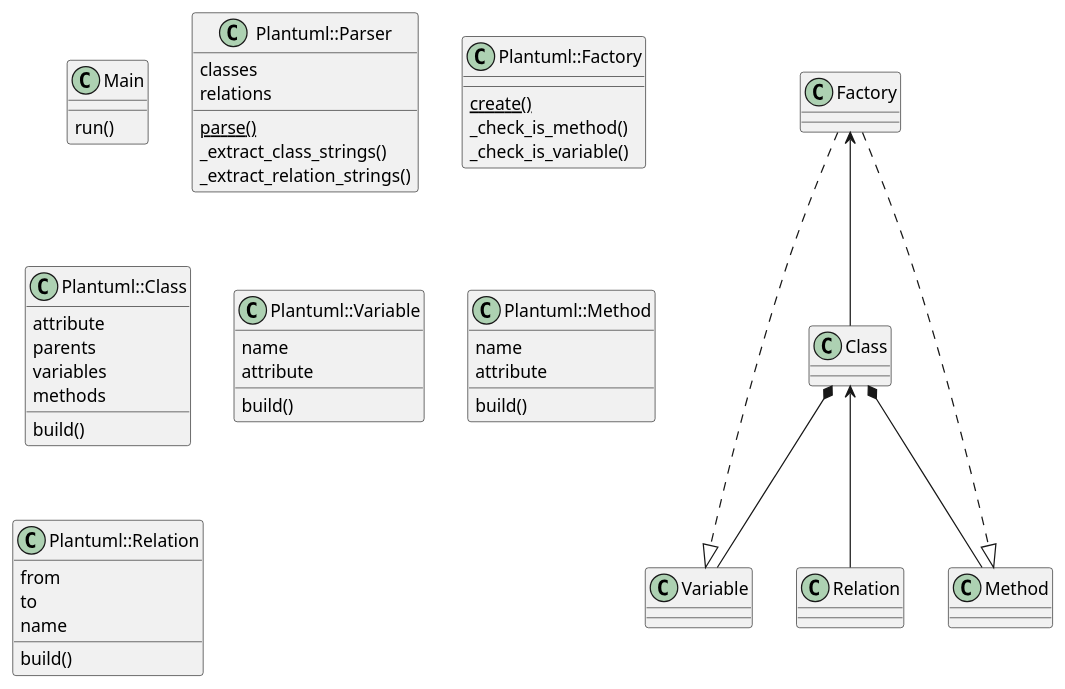
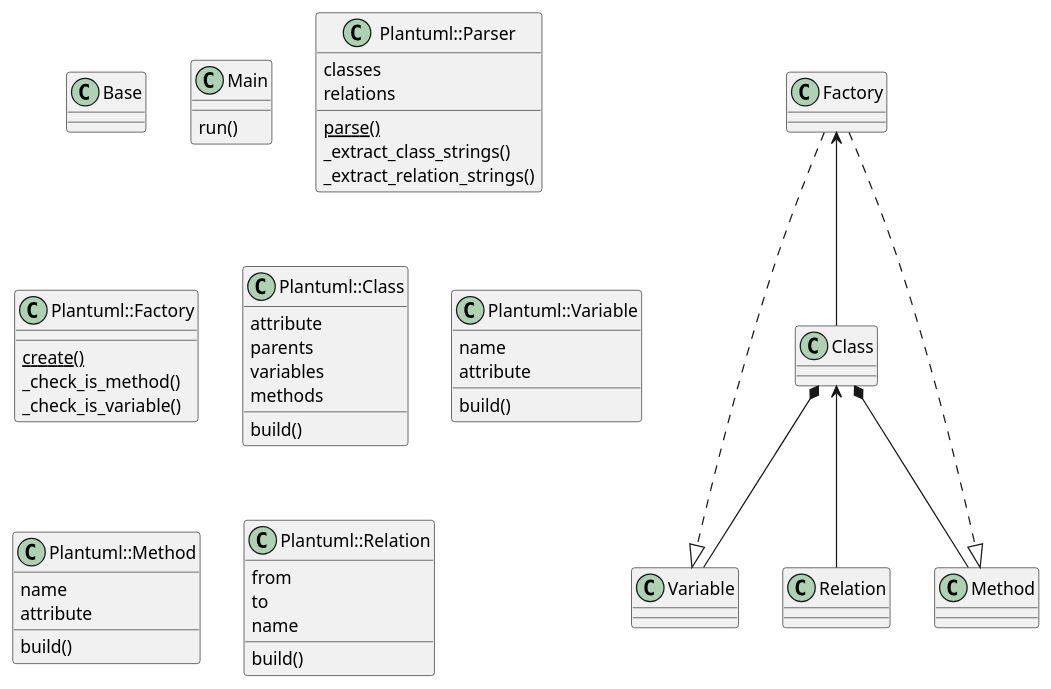
One commit to Kesin11/plantuml_class_digram_parse changed the diagram in t/fixture/all.pu. Above: the diagram before and after it, drawn with PlantUML. The commit also changed 2 other files, not shown here.

```diff
--- a/t/fixture/all.pu
+++ b/t/fixture/all.pu
@@ -1,55 +1,58 @@
 @startuml
+
+class Base {
+}
 
 class Main {
   run()
 }
 
 class Plantuml::Parser {
   classes
   relations
   {static} parse()
   _extract_class_strings()
   _extract_relation_strings()
 }
 
 class Plantuml::Factory {
   {static} create()
   _check_is_method()
   _check_is_variable()
 }
 
 class Plantuml::Class {
   attribute
   parents
   variables
   methods
   build()
 }
 
 class Plantuml::Variable {
   name
   attribute
   build()
 }
 
 class Plantuml::Method {
   name
   attribute
   build()
 }
 
 class Plantuml::Relation {
   from
   to
   name
   build()
 }
 
 Class *-- Variable
 Class *-- Method
 Class <-- Relation
 Factory <-- Class
 Factory ..|> Variable
 Factory ..|> Method
 
 @enduml
```
